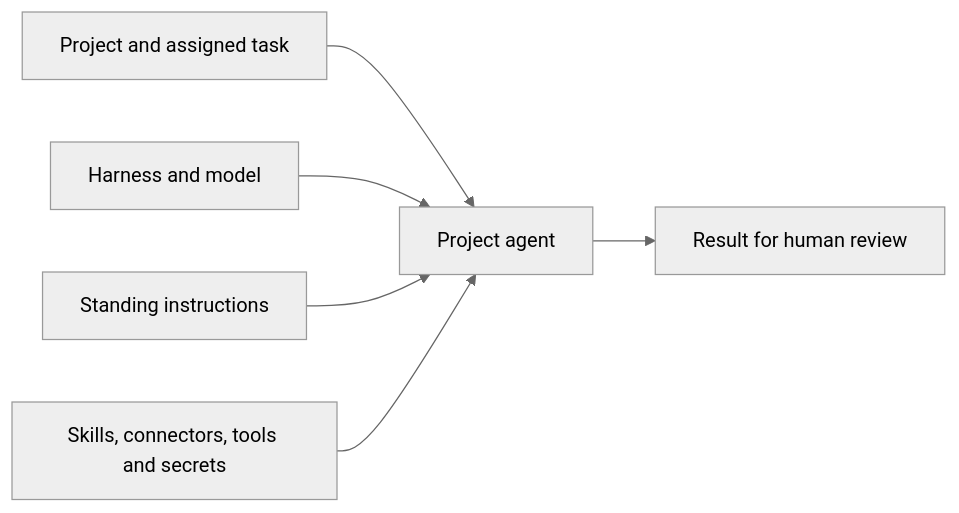
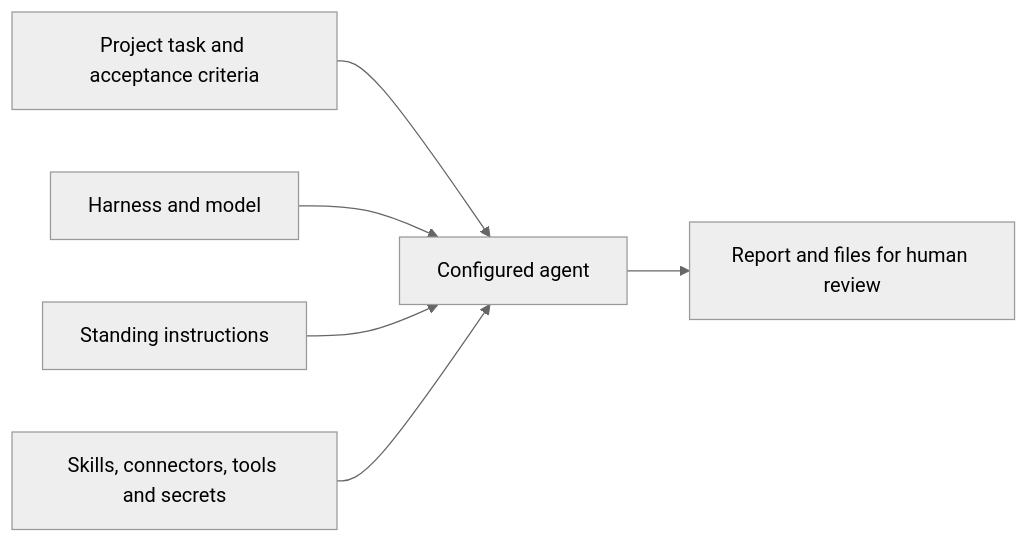
Before and after one commit to tale-project/tale: the diagram in docs/en/platform/agents/concepts.md, drawn with Mermaid (neutral theme). The commit also changed other lines of this file and 691 other files, not shown here.

````diff
--- a/docs/en/platform/agents/concepts.md
+++ b/docs/en/platform/agents/concepts.md
@@ -26,8 +37,8 @@
 ```mermaid
 flowchart LR
-    P[Project and assigned task] --> A[Project agent]
+    P[Project task and acceptance criteria] --> A[Configured agent]
     H[Harness and model] --> A
     I[Standing instructions] --> A
     E[Skills, connectors, tools and secrets] --> A
-    A --> R[Result for human review]
+    A --> R[Report and files for human review]
 ```
````
